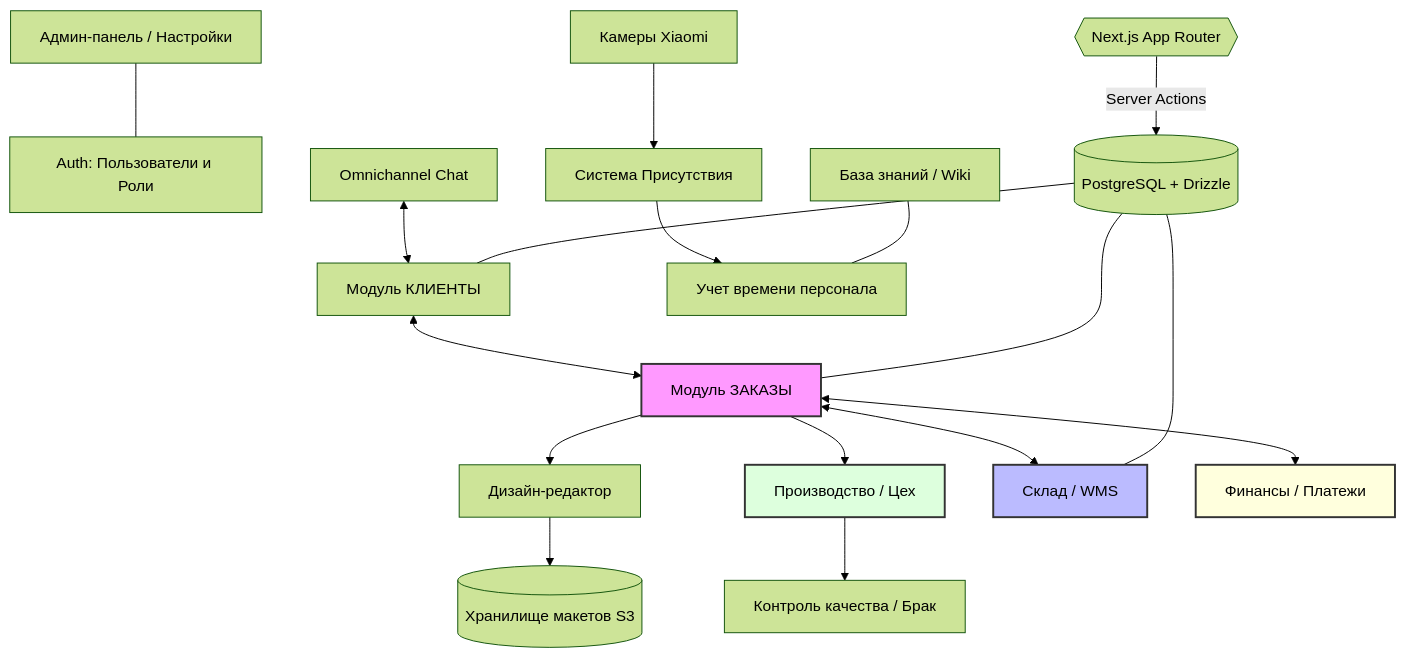
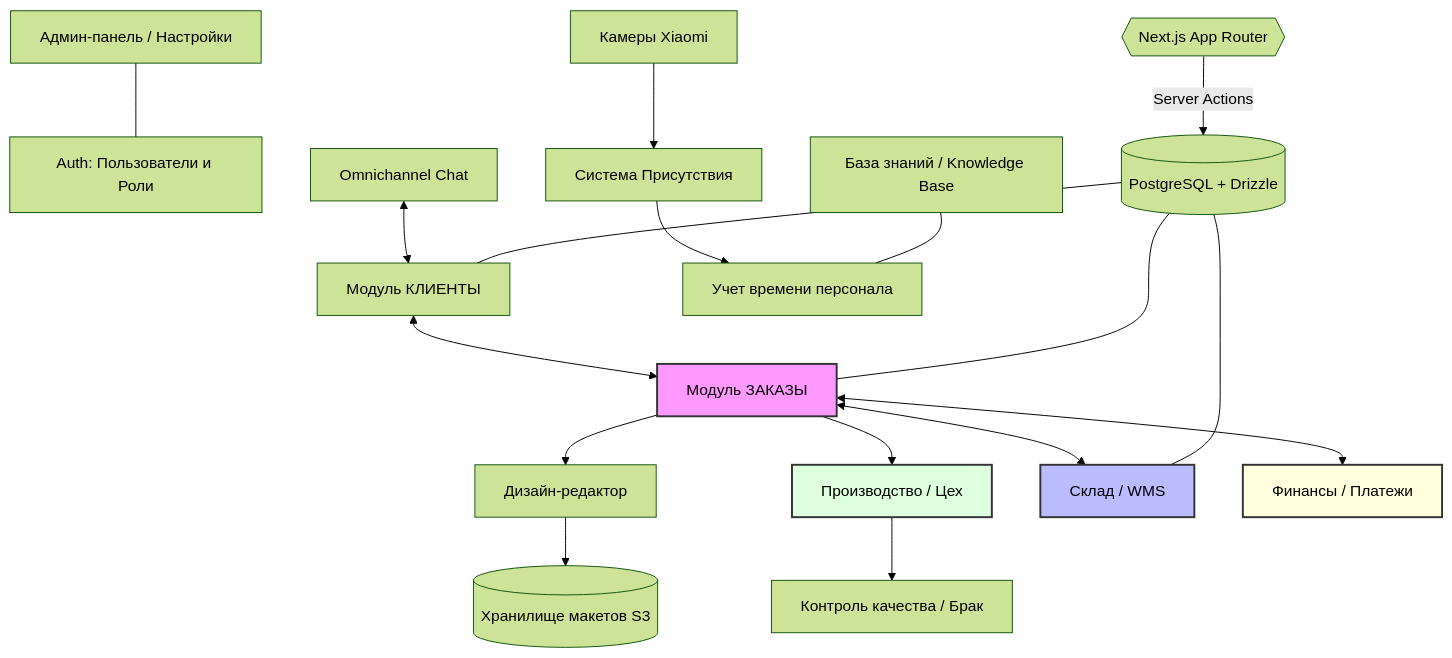
Before and after one commit to merch-crm/merch-crm: the first of 12 diagrams in CRM_Documentation.md, drawn with Mermaid (forest theme). The commit also changed other lines of this file and 721 other files, not shown here.

````diff
--- a/CRM_Documentation.md
+++ b/CRM_Documentation.md
@@ -37,36 +37,36 @@
 ```mermaid
 graph TD
     %% Основные узлы управления
     Admin[Админ-панель / Настройки] --- Auth[Auth: Пользователи и Роли]
     
     %% Ядро бизнеса
     Clients[Модуль КЛИЕНТЫ] <--> Orders[Модуль ЗАКАЗЫ]
     
     %% Производственный цикл
     Orders --> Design[Дизайн-редактор]
     Design --> S3[(Хранилище макетов S3)]
     Orders --> Production[Производство / Цех]
     Production --> Quality[Контроль качества / Брак]
     
     %% Ресурсы и деньги
     Orders <--> Warehouse[Склад / WMS]
     Orders <--> Finance[Финансы / Платежи]
     
     %% Системные сервисы
     Xiaomi[Камеры Xiaomi] --> Presence[Система Присутствия]
     Presence --> Staff[Учет времени персонала]
     
     Omni[Omnichannel Chat] <--> Clients
-    Wiki[База знаний / Wiki] --- Staff
+    KB[База знаний / Knowledge Base] --- Staff
     
     %% Технический фундамент
     NextJS{{Next.js App Router}} -- Server Actions --> DB[(PostgreSQL + Drizzle)]
     DB --- Orders
     DB --- Clients
     DB --- Warehouse
     
     style Orders fill:#f9f,stroke:#333,stroke-width:2px
     style Warehouse fill:#bbf,stroke:#333,stroke-width:2px
     style Production fill:#dfd,stroke:#333,stroke-width:2px
     style Finance fill:#ffd,stroke:#333,stroke-width:2px
 ```
````
